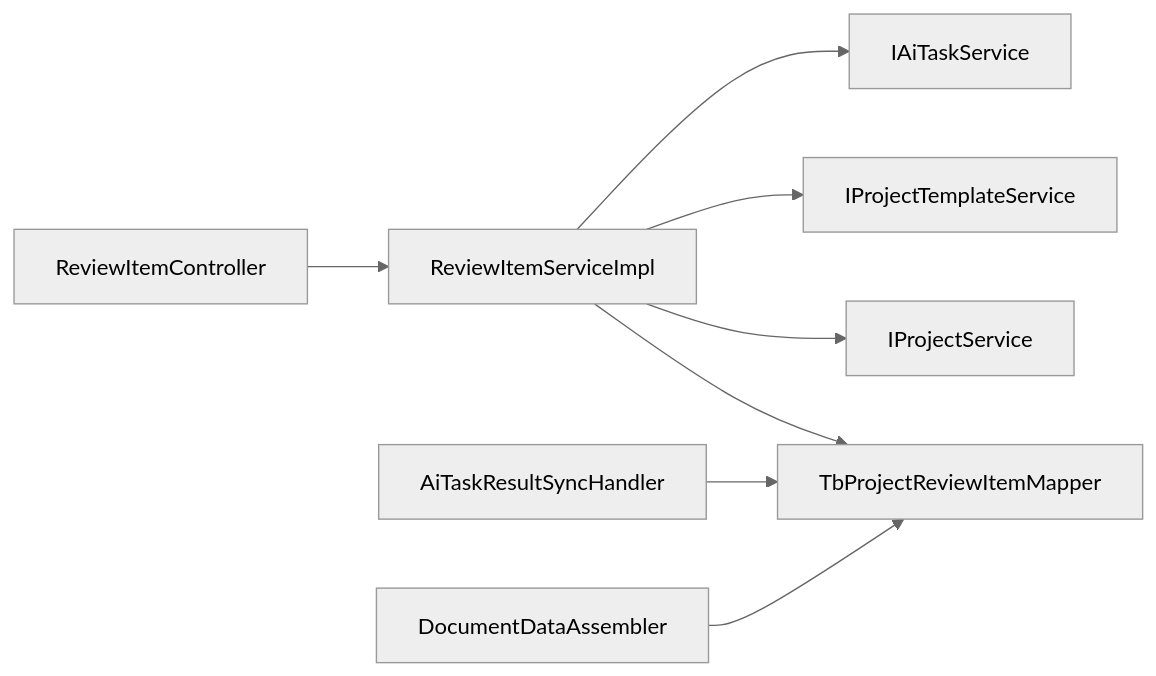
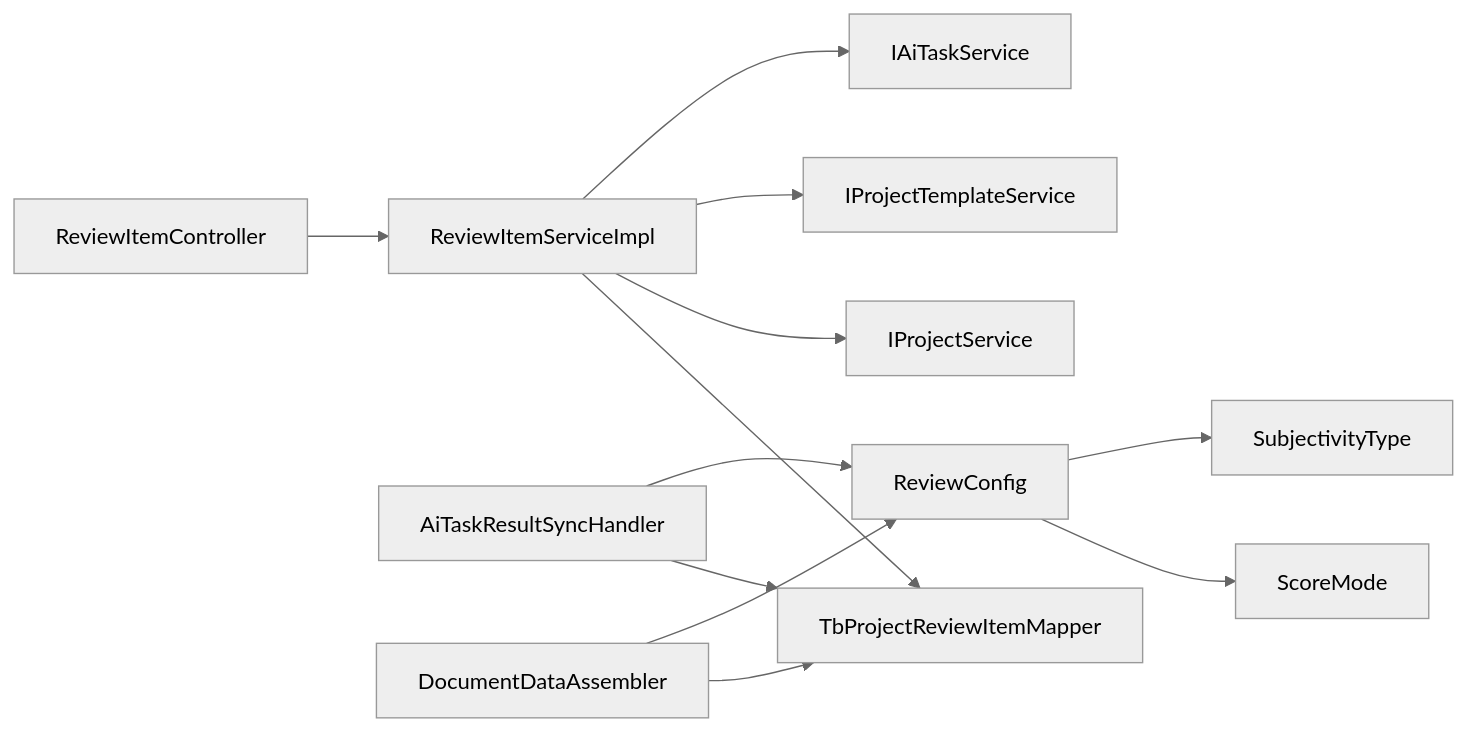
Before and after one commit to DrunkFood/First: the eighth of 8 diagrams in .qoder/repowiki/zh/content/数据库设计/核心业务数据模型/评审项实体(TbProjectReviewItem).md, drawn with Mermaid (neutral theme). The commit also changed other lines of this file and 70 other files, not shown here.

````diff
--- a/.qoder/repowiki/zh/content/数据库设计/核心业务数据模型/评审项实体(TbProjectReviewItem).md
+++ b/.qoder/repowiki/zh/content/数据库设计/核心业务数据模型/评审项实体(TbProjectReviewItem).md
@@ -353,10 +424,14 @@
 ```mermaid
 graph LR
 Ctrl["ReviewItemController"] --> Svc["ReviewItemServiceImpl"]
 Svc --> Mapper["TbProjectReviewItemMapper"]
 Svc --> Proj["IProjectService"]
 Svc --> Tpl["IProjectTemplateService"]
 Svc --> AI["IAiTaskService"]
 Sync["AiTaskResultSyncHandler"] --> Mapper
+Sync --> Config["ReviewConfig"]
 Asm["DocumentDataAssembler"] --> Mapper
+Asm --> Config
+Config --> ScoreMode["ScoreMode"]
+Config --> SubjectivityType["SubjectivityType"]
 ```
````
